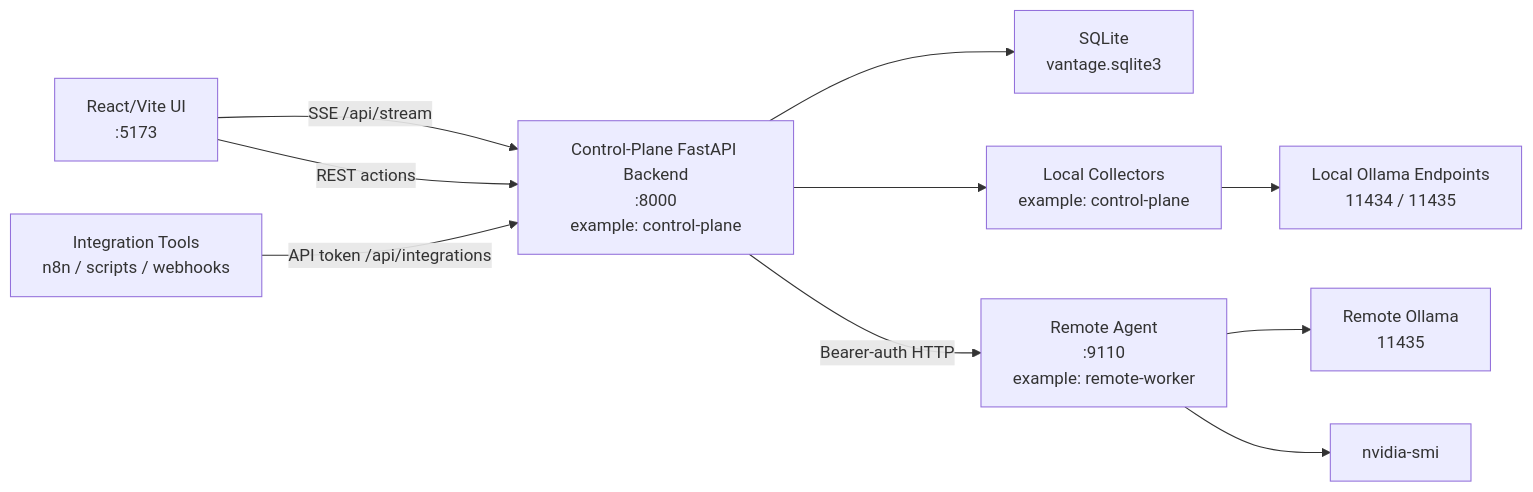
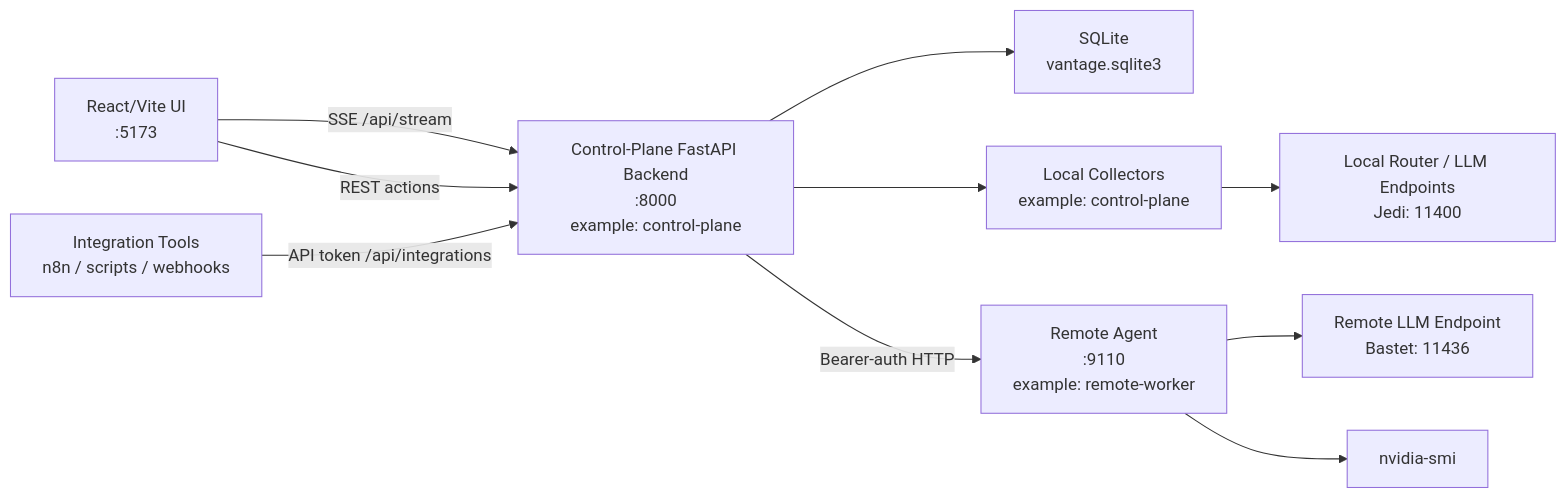
One commit to jbright471/Vantage changed the first of 2 diagrams in ARCHITECTURE.md. Above: the diagram before and after it, drawn with Mermaid. The commit also changed other lines of this file and 80 other files, not shown here.

````diff
--- a/ARCHITECTURE.md
+++ b/ARCHITECTURE.md
@@ -16,22 +16,22 @@
 ```mermaid
 flowchart LR
     Browser["React/Vite UI<br/><operator-host>:5173"]
     Backend["Control-Plane FastAPI Backend<br/><control-plane-host>:8000<br/>example: control-plane"]
     DB["SQLite<br/>vantage.sqlite3"]
     LocalCollectors["Local Collectors<br/>example: control-plane"]
     Integrations["Integration Tools<br/>n8n / scripts / webhooks"]
-    OllamaJ["Local Ollama Endpoints<br/>11434 / 11435"]
+    OllamaJ["Local Router / LLM Endpoints<br/>Jedi: 11400"]
     Agent["Remote Agent<br/><remote-agent-ip>:9110<br/>example: remote-worker"]
-    OllamaB["Remote Ollama<br/>11435"]
+    OllamaB["Remote LLM Endpoint<br/>Bastet: 11436"]
     GPU["nvidia-smi"]
 
     Browser -- "SSE /api/stream" --> Backend
     Browser -- "REST actions" --> Backend
     Integrations -- "API token /api/integrations" --> Backend
     Backend --> DB
     Backend --> LocalCollectors
     LocalCollectors --> OllamaJ
     Backend -- "Bearer-auth HTTP" --> Agent
     Agent --> OllamaB
     Agent --> GPU
 ```
````
